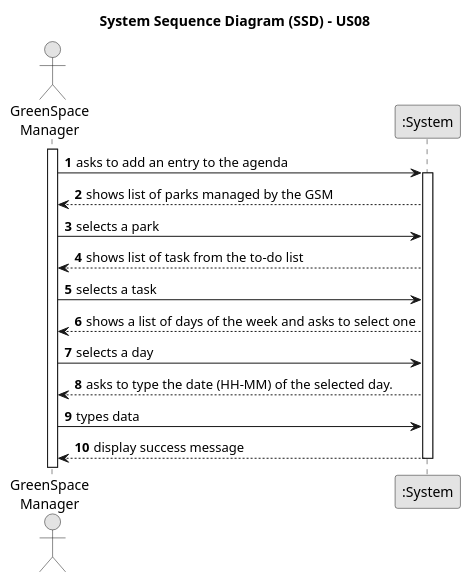
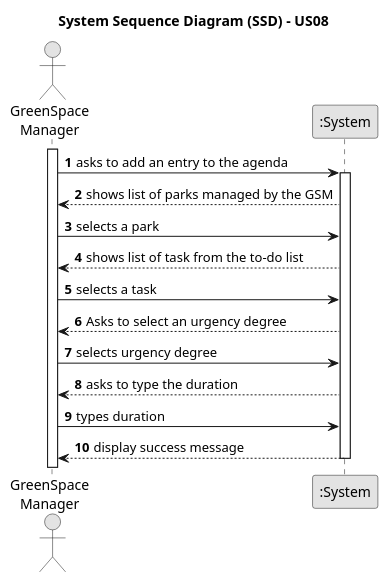
Before and after one commit to Paulo-Pereira-at-ISEP/lei-24-s2-1nanb-g321: the diagram in docs/sprintC/us22/01.requirements-engineering/puml/us22-system-sequence-diagram.puml, drawn with PlantUML. The commit also changed 26 other files, not shown here.

```diff
--- a/docs/sprintC/us22/01.requirements-engineering/puml/us22-system-sequence-diagram.puml
+++ b/docs/sprintC/us22/01.requirements-engineering/puml/us22-system-sequence-diagram.puml
@@ -1,30 +1,30 @@
 @startuml
 skinparam monochrome true
 skinparam packageStyle rectangle
 skinparam shadowing false
 
 title System Sequence Diagram (SSD) - US08
 
 autonumber
 
 actor "GreenSpace\nManager" as Employee
 participant ":System" as System
 
 activate Employee
 
     Employee -> System : asks to add an entry to the agenda
     activate System
 
     System --> Employee : shows list of parks managed by the GSM
     Employee -> System : selects a park
     System --> Employee : shows list of task from the to-do list
     Employee -> System : selects a task
-    System --> Employee : shows a list of days of the week and asks to select one
-    Employee -> System : selects a day
-    System --> Employee : asks to type the date (HH-MM) of the selected day.
-    Employee -> System : types data
+    System --> Employee : Asks to select an urgency degree
+    Employee -> System : selects urgency degree
+    System --> Employee : asks to type the duration
+    Employee -> System : types duration
     System --> Employee : display success message
 
    deactivate System
 
 @enduml
```
